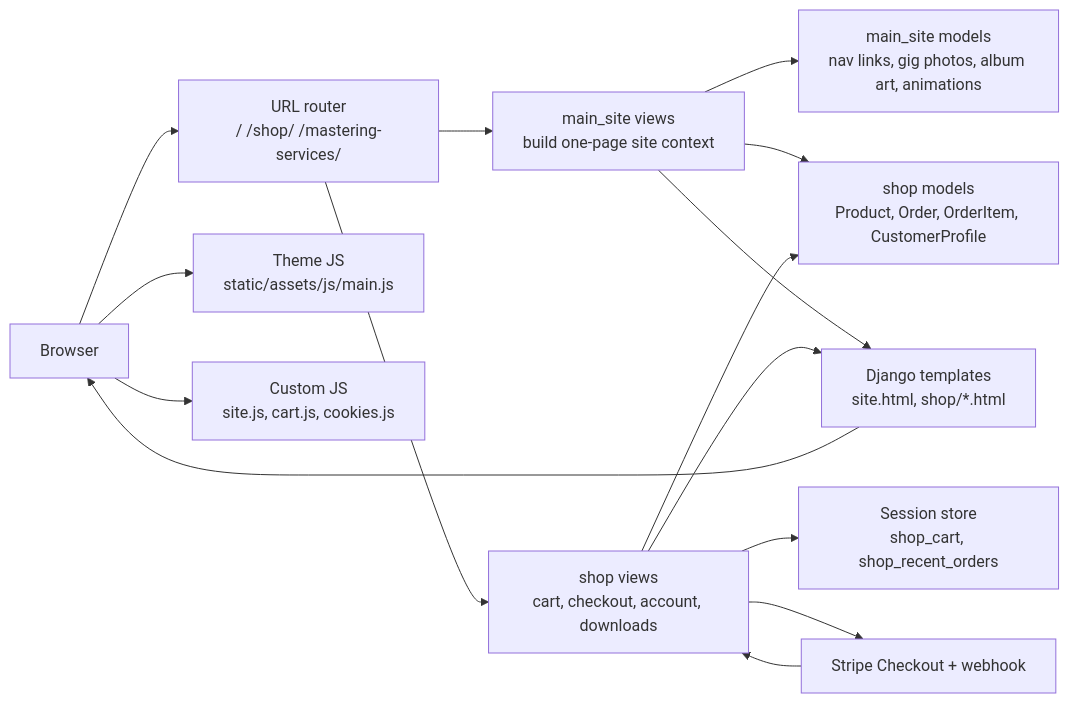
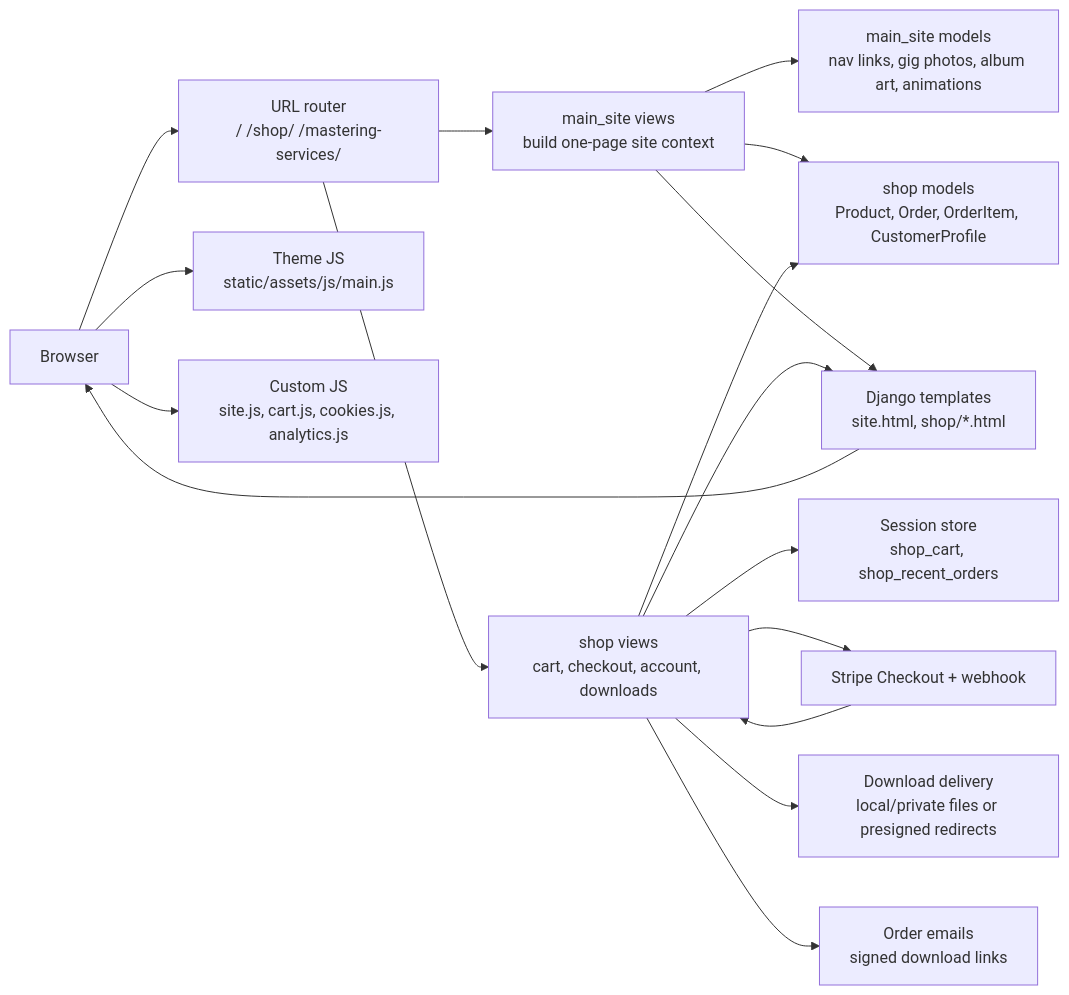
Before and after one commit to johnhubertjj/JosephlovesJohn_website: the first of 5 diagrams in docs/shop-flow.md, drawn with Mermaid. The commit also changed other lines of this file and 1 other file, not shown here.

````diff
--- a/docs/shop-flow.md
+++ b/docs/shop-flow.md
@@ -7,29 +7,33 @@
 ```mermaid
 flowchart LR
     Browser["Browser"]
     URLs["URL router<br>/ /shop/ /mastering-services/"]
     MainViews["main_site views<br>build one-page site context"]
     ShopViews["shop views<br>cart, checkout, account, downloads"]
     MainModels["main_site models<br>nav links, gig photos, album art, animations"]
     ShopModels["shop models<br>Product, Order, OrderItem, CustomerProfile"]
     Session["Session store<br>shop_cart, shop_recent_orders"]
     Templates["Django templates<br>site.html, shop/*.html"]
     ThemeJS["Theme JS<br>static/assets/js/main.js"]
-    SiteJS["Custom JS<br>site.js, cart.js, cookies.js"]
+    SiteJS["Custom JS<br>site.js, cart.js, cookies.js, analytics.js"]
+    Downloads["Download delivery<br>local/private files or presigned redirects"]
+    Email["Order emails<br>signed download links"]
     Stripe["Stripe Checkout + webhook"]
 
     Browser --> URLs
     URLs --> MainViews
     URLs --> ShopViews
     MainViews --> MainModels
     MainViews --> ShopModels
     ShopViews --> ShopModels
     ShopViews --> Session
     MainViews --> Templates
     ShopViews --> Templates
     Templates --> Browser
     Browser --> ThemeJS
     Browser --> SiteJS
     ShopViews --> Stripe
     Stripe --> ShopViews
+    ShopViews --> Downloads
+    ShopViews --> Email
 ```
````
